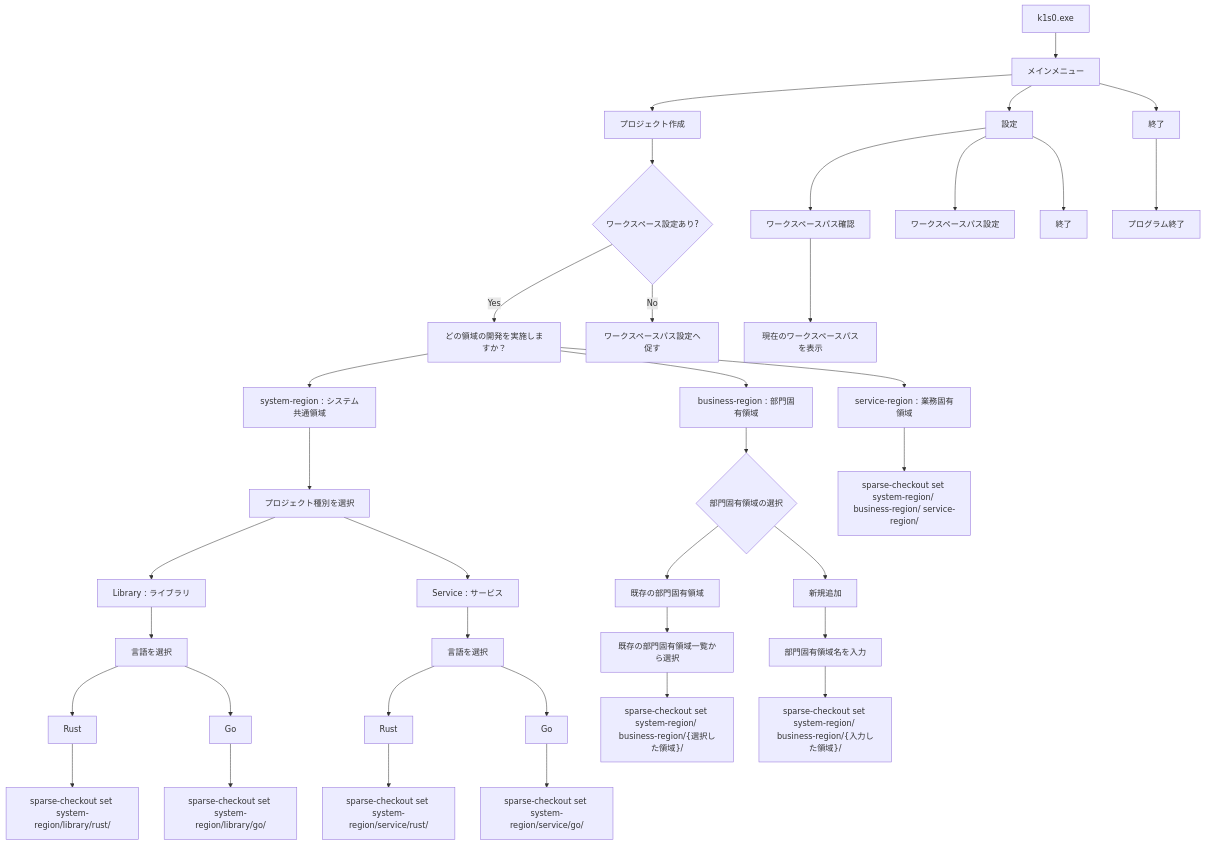
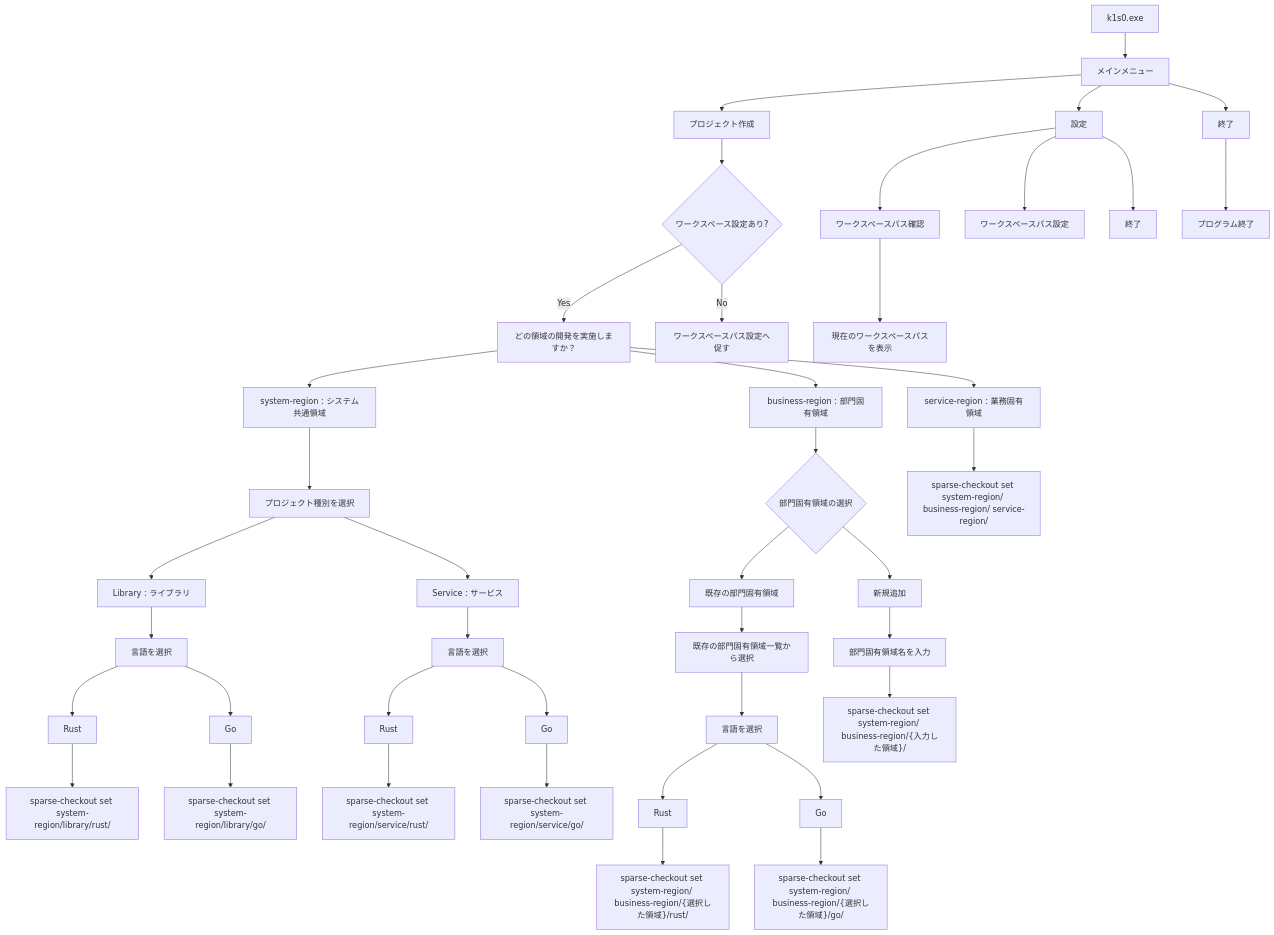
The diagram in docs/CLI設計書.md (RyuheiKiso/k1s0), drawn with Mermaid before and after one commit. The commit also changed other lines of this file and 2 other files, not shown here.

Commit message:
feat: 部門固有領域の言語選択機能を追加
- create_project.rs:
  - プロジェクト作成時に部門固有領域の言語を選択できるように変更
  - 言語選択に基づいてチェックアウトターゲットを更新

- region.rs:
  - 部門固有領域のチェックアウトターゲットに言語を考慮したフォーマットを追加
  - 既存の部門固有領域の選択時に言語を選択するテストを追加

- CLI設計書.md:
  - 部門固有領域のチェックアウト範囲に言語選択の情報を追加
  - フロー図を更新し、言語選択のプロセスを明示化

````diff
--- a/docs/CLI設計書.md
+++ b/docs/CLI設計書.md
@@ -49,44 +51,48 @@
 ```mermaid
 flowchart TD
     A["k1s0.exe"] --> B["メインメニュー"]
 
     B --> C["プロジェクト作成"]
     B --> D["設定"]
     B --> E["終了"]
 
     C --> F{"ワークスペース設定あり?"}
     F -->|Yes| G["どの領域の開発を実施しますか？"]
     G --> G1["system-region : システム共通領域"]
     G --> G2["business-region : 部門固有領域"]
     G --> G3["service-region : 業務固有領域"]
     G1 --> PT["プロジェクト種別を選択"]
     PT --> PT1["Library : ライブラリ"]
     PT --> PT2["Service : サービス"]
     PT1 --> LLang["言語を選択"]
     LLang --> LLang1["Rust"]
     LLang --> LLang2["Go"]
     LLang1 --> SC1aR["sparse-checkout set system-region/library/rust/"]
     LLang2 --> SC1aG["sparse-checkout set system-region/library/go/"]
     PT2 --> SLang["言語を選択"]
     SLang --> SLang1["Rust"]
     SLang --> SLang2["Go"]
     SLang1 --> SC1bR["sparse-checkout set system-region/service/rust/"]
     SLang2 --> SC1bG["sparse-checkout set system-region/service/go/"]
     G2 --> BR{"部門固有領域の選択"}
     BR --> BR1["既存の部門固有領域"]
     BR --> BR2["新規追加"]
     BR1 --> BRL["既存の部門固有領域一覧から選択"]
-    BRL --> SC2["sparse-checkout set system-region/ business-region/{選択した領域}/"]
+    BRL --> BRLang["言語を選択"]
+    BRLang --> BRLang1["Rust"]
+    BRLang --> BRLang2["Go"]
+    BRLang1 --> SC2R["sparse-checkout set system-region/ business-region/{選択した領域}/rust/"]
+    BRLang2 --> SC2G["sparse-checkout set system-region/ business-region/{選択した領域}/go/"]
     BR2 --> BRN["部門固有領域名を入力"]
     BRN --> SC2N["sparse-checkout set system-region/ business-region/{入力した領域}/"]
     G3 --> SC3["sparse-checkout set system-region/ business-region/ service-region/"]
     F -->|No| H["ワークスペースパス設定へ促す"]
 
     D --> I["ワークスペースパス確認"]
     D --> L["ワークスペースパス設定"]
     D --> J["終了"]
 
     I --> I1["現在のワークスペースパスを表示"]
 
     E --> K["プログラム終了"]
 ```
````
